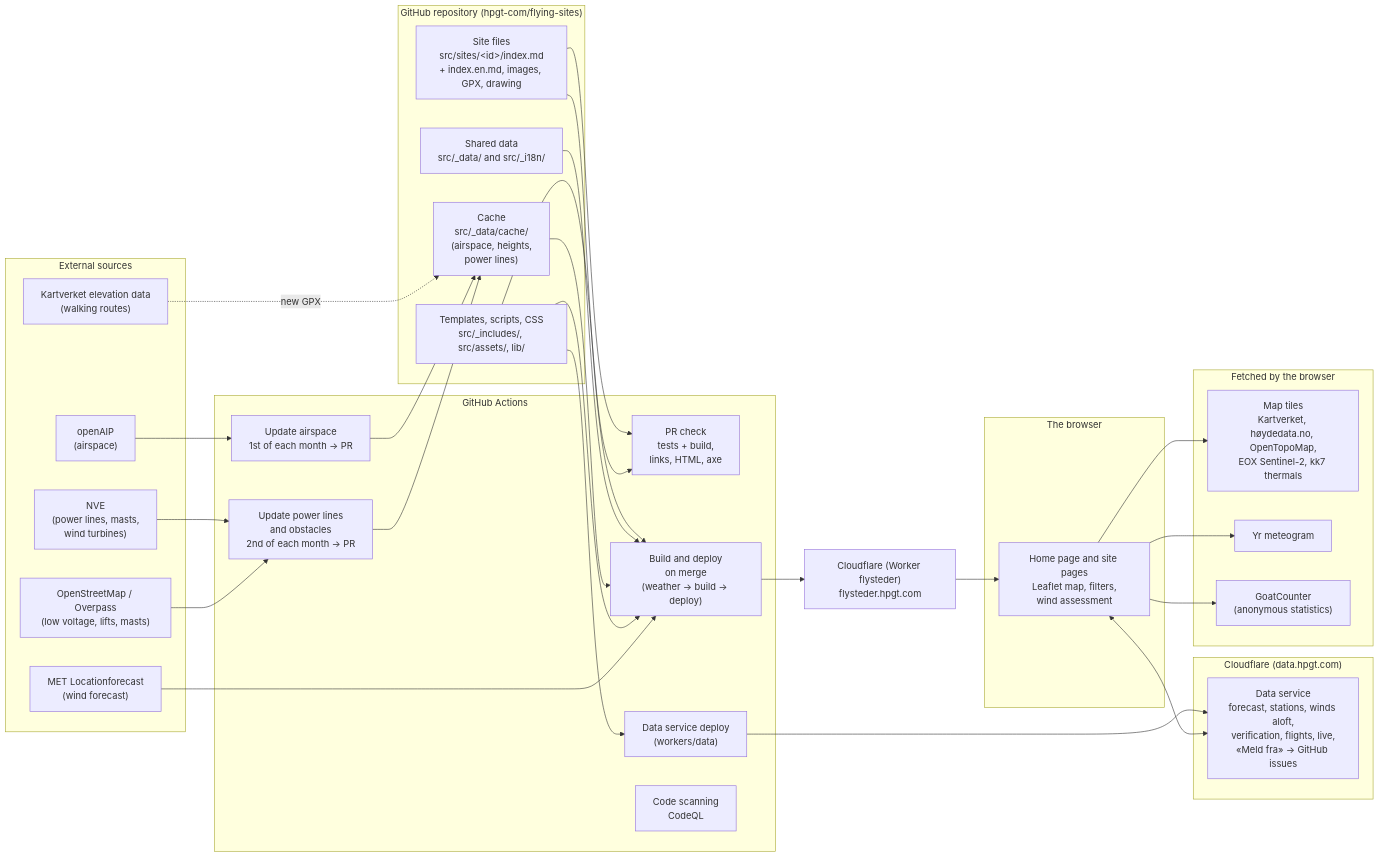
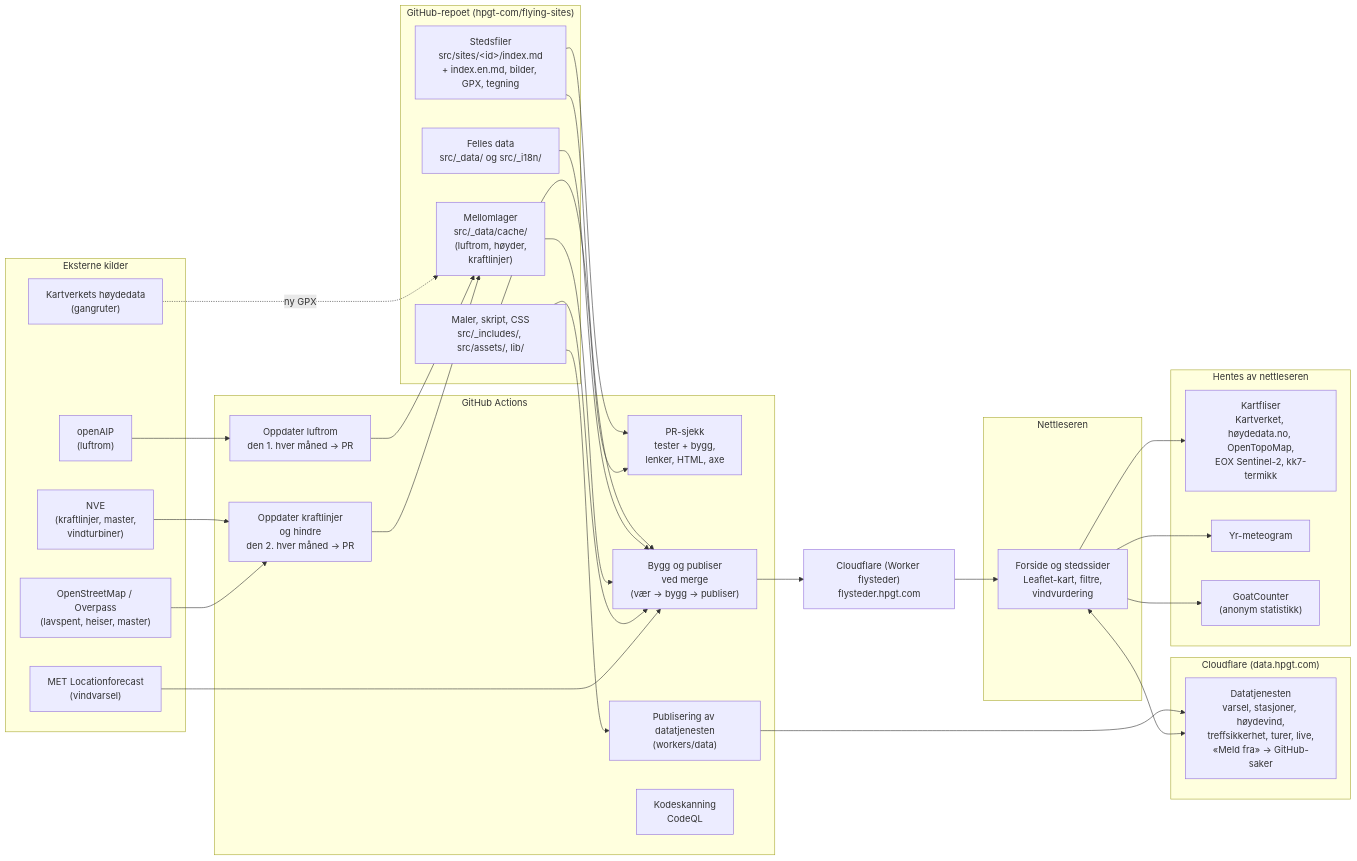
Before and after one commit to hpgt-com/flying-sites: the first of 7 diagrams in docs/architecture.md, drawn with Mermaid. The commit also changed other lines of this file and 28 other files, not shown here.

````diff
--- a/docs/architecture.md
+++ b/docs/architecture.md
@@ -15,53 +15,53 @@
 ```mermaid
 flowchart LR
-  subgraph repo["GitHub repository (hpgt-com/flying-sites)"]
-    sites["Site files<br/>src/sites/&lt;id&gt;/index.md<br/>+ index.en.md, images, GPX, drawing"]
-    data["Shared data<br/>src/_data/ and src/_i18n/"]
-    cache["Cache<br/>src/_data/cache/<br/>(airspace, heights,<br/>power lines)"]
-    code["Templates, scripts, CSS<br/>src/_includes/, src/assets/, lib/"]
+  subgraph repo["GitHub-repoet (hpgt-com/flying-sites)"]
+    sites["Stedsfiler<br/>src/sites/&lt;id&gt;/index.md<br/>+ index.en.md, bilder, GPX, tegning"]
+    data["Felles data<br/>src/_data/ og src/_i18n/"]
+    cache["Mellomlager<br/>src/_data/cache/<br/>(luftrom, høyder,<br/>kraftlinjer)"]
+    code["Maler, skript, CSS<br/>src/_includes/, src/assets/, lib/"]
   end
 
   subgraph actions["GitHub Actions"]
-    prcheck["PR check<br/>tests + build,<br/>links, HTML, axe"]
-    deploy["Build and deploy<br/>on merge<br/>(weather → build → deploy)"]
-    airspace["Update airspace<br/>1st of each month → PR"]
-    obstacles["Update power lines<br/>and obstacles<br/>2nd of each month → PR"]
-    dataworker["Data service deploy<br/>(workers/data)"]
-    scan["Code scanning<br/>CodeQL"]
+    prcheck["PR-sjekk<br/>tester + bygg,<br/>lenker, HTML, axe"]
+    deploy["Bygg og publiser<br/>ved merge<br/>(vær → bygg → publiser)"]
+    airspace["Oppdater luftrom<br/>den 1. hver måned → PR"]
+    obstacles["Oppdater kraftlinjer<br/>og hindre<br/>den 2. hver måned → PR"]
+    dataworker["Publisering av datatjenesten<br/>(workers/data)"]
+    scan["Kodeskanning<br/>CodeQL"]
   end
 
-  subgraph ext["External sources"]
-    met["MET Locationforecast<br/>(wind forecast)"]
-    kv["Kartverket elevation data<br/>(walking routes)"]
-    oaip["openAIP<br/>(airspace)"]
-    nve["NVE<br/>(power lines, masts,<br/>wind turbines)"]
-    osm["OpenStreetMap / Overpass<br/>(low voltage, lifts, masts)"]
+  subgraph ext["Eksterne kilder"]
+    met["MET Locationforecast<br/>(vindvarsel)"]
+    kv["Kartverkets høydedata<br/>(gangruter)"]
+    oaip["openAIP<br/>(luftrom)"]
+    nve["NVE<br/>(kraftlinjer, master,<br/>vindturbiner)"]
+    osm["OpenStreetMap / Overpass<br/>(lavspent, heiser, master)"]
   end
 
   subgraph cf["Cloudflare (data.hpgt.com)"]
-    worker["Data service<br/>forecast, stations, winds aloft,<br/>verification, flights, live,<br/>«Meld fra» → GitHub issues"]
+    worker["Datatjenesten<br/>varsel, stasjoner, høydevind,<br/>treffsikkerhet, turer, live,<br/>«Meld fra» → GitHub-saker"]
   end
 
   pages["Cloudflare (Worker flysteder)<br/>flysteder.hpgt.com"]
 
-  subgraph browser["The browser"]
-    ui["Home page and site pages<br/>Leaflet map, filters,<br/>wind assessment"]
+  subgraph browser["Nettleseren"]
+    ui["Forside og stedssider<br/>Leaflet-kart, filtre,<br/>vindvurdering"]
   end
 
-  subgraph runtime["Fetched by the browser"]
-    tiles["Map tiles<br/>Kartverket, høydedata.no, OpenTopoMap,<br/>EOX Sentinel-2, kk7 thermals"]
-    yr["Yr meteogram"]
-    gc["GoatCounter<br/>(anonymous statistics)"]
+  subgraph runtime["Hentes av nettleseren"]
+    tiles["Kartfliser<br/>Kartverket, høydedata.no, OpenTopoMap,<br/>EOX Sentinel-2, kk7-termikk"]
+    yr["Yr-meteogram"]
+    gc["GoatCounter<br/>(anonym statistikk)"]
   end
 
   sites & data & cache & code --> deploy
   sites & code --> prcheck
   met --> deploy
-  kv -. "new GPX" .-> cache
+  kv -. "ny GPX" .-> cache
   oaip --> airspace --> cache
   nve & osm --> obstacles --> cache
   code --> dataworker --> worker
   deploy --> pages --> ui
   ui --> tiles & yr & gc
   ui <--> worker
 ```
````
